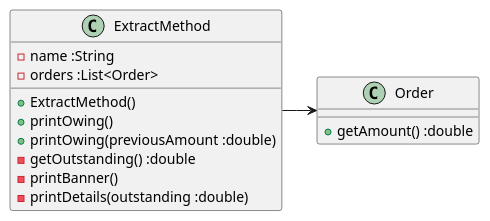
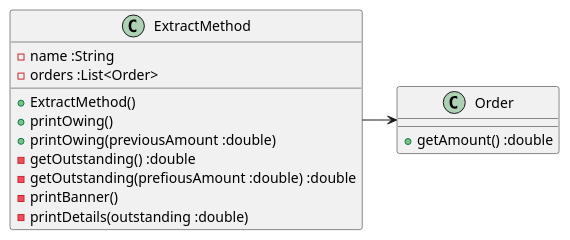
One commit to k2works/etude_for_java changed the first of 2 diagrams in docs/src/refacotring_catalog.md. Above: the diagram before and after it, drawn with PlantUML. The commit also changed 4 other files, not shown here.

````diff
--- a/docs/src/refacotring_catalog.md
+++ b/docs/src/refacotring_catalog.md
@@ -15,18 +15,19 @@
 ```puml
 @startuml
 class ExtractMethod {
   -name :String
   -orders :List<Order>
   +ExtractMethod()
   +printOwing()
   +printOwing(previousAmount :double)
   -getOutstanding() :double
+  -getOutstanding(prefiousAmount :double) :double
   -printBanner()  
   -printDetails(outstanding :double)  
 }
 class Order {
   + getAmount() :double
 }
 ExtractMethod  -> Order
 @enduml
 ```
````
